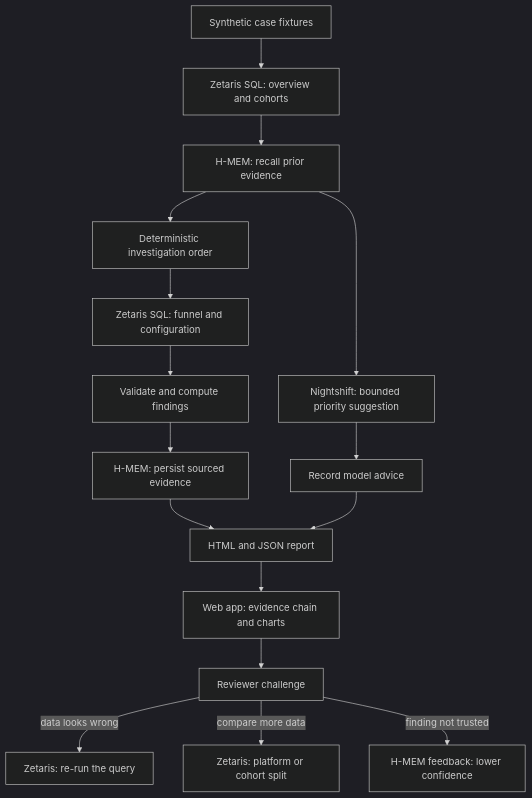
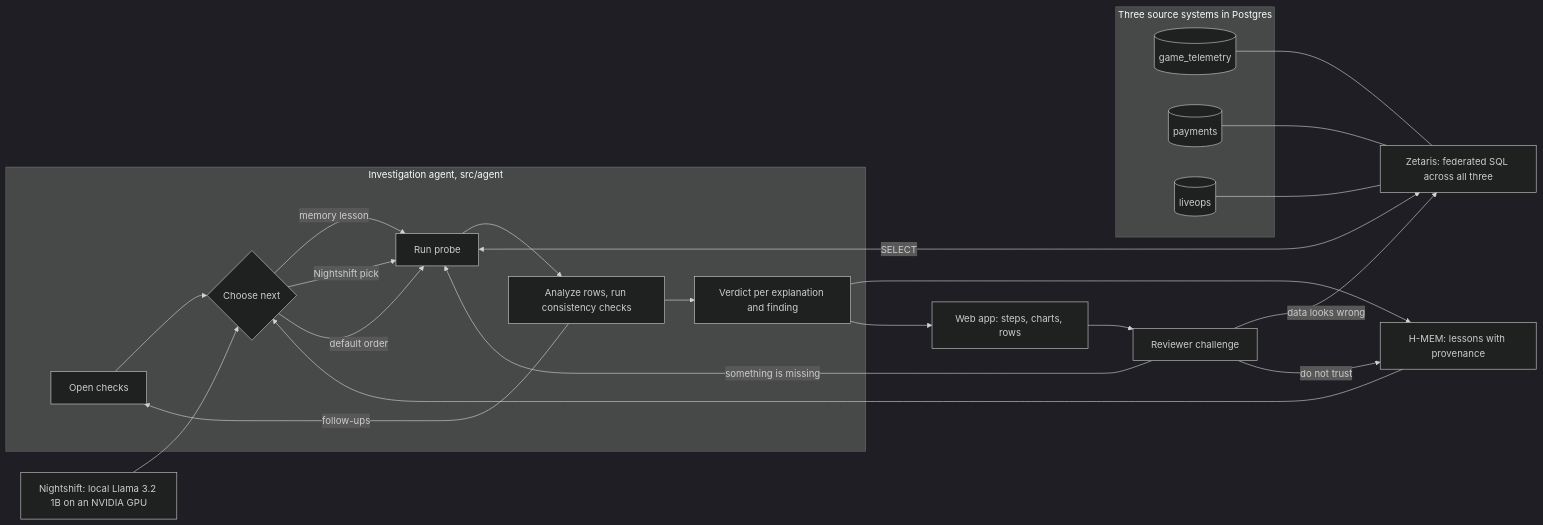
The diagram in README.md (suzyeth/liveops-investigator), drawn with Mermaid (dark theme) before and after one commit. The commit also changed other lines of this file and 9 other files, not shown here.

First line of the commit message:
fix: address agent review; README for the multi-source agent

````diff
--- a/README.md
+++ b/README.md
@@ -33,18 +41,30 @@
 ```mermaid
-flowchart TD
-  A[Synthetic case fixtures] --> B[Zetaris SQL: overview and cohorts]
-  B --> C[H-MEM: recall prior evidence]
-  C --> D[Nightshift: bounded priority suggestion]
-  C --> E[Deterministic investigation order]
-  D --> F[Record model advice]
-  E --> G[Zetaris SQL: funnel and configuration]
-  G --> H[Validate and compute findings]
-  H --> I[H-MEM: persist sourced evidence]
-  I --> J[HTML and JSON report]
-  F --> J
-  J --> K[Web app: evidence chain and charts]
-  K --> L[Reviewer challenge]
-  L -->|data looks wrong| B2[Zetaris: re-run the query]
-  L -->|compare more data| B3[Zetaris: platform or cohort split]
-  L -->|finding not trusted| I2[H-MEM feedback: lower confidence]
+flowchart LR
+  subgraph Sources[Three source systems in Postgres]
+    G[(game_telemetry)]
+    P[(payments)]
+    L[(liveops)]
+  end
+  Z[Zetaris: federated SQL across all three]
+  G --- Z
+  P --- Z
+  L --- Z
+  subgraph Agent[Investigation agent, src/agent]
+    O[Open checks] --> C{Choose next}
+    C -->|memory lesson| R[Run probe]
+    C -->|Nightshift pick| R
+    C -->|default order| R
+    R --> A[Analyze rows, run consistency checks]
+    A -->|follow-ups| O
+    A --> H[Verdict per explanation and finding]
+  end
+  R <-->|SELECT| Z
+  M[H-MEM: lessons with provenance] --> C
+  H --> M
+  N[Nightshift: local Llama 3.2 1B on an NVIDIA GPU] --> C
+  H --> W[Web app: steps, charts, rows]
+  W --> V[Reviewer challenge]
+  V -->|data looks wrong| Z
+  V -->|something is missing| R
+  V -->|do not trust| M
 ```
````
